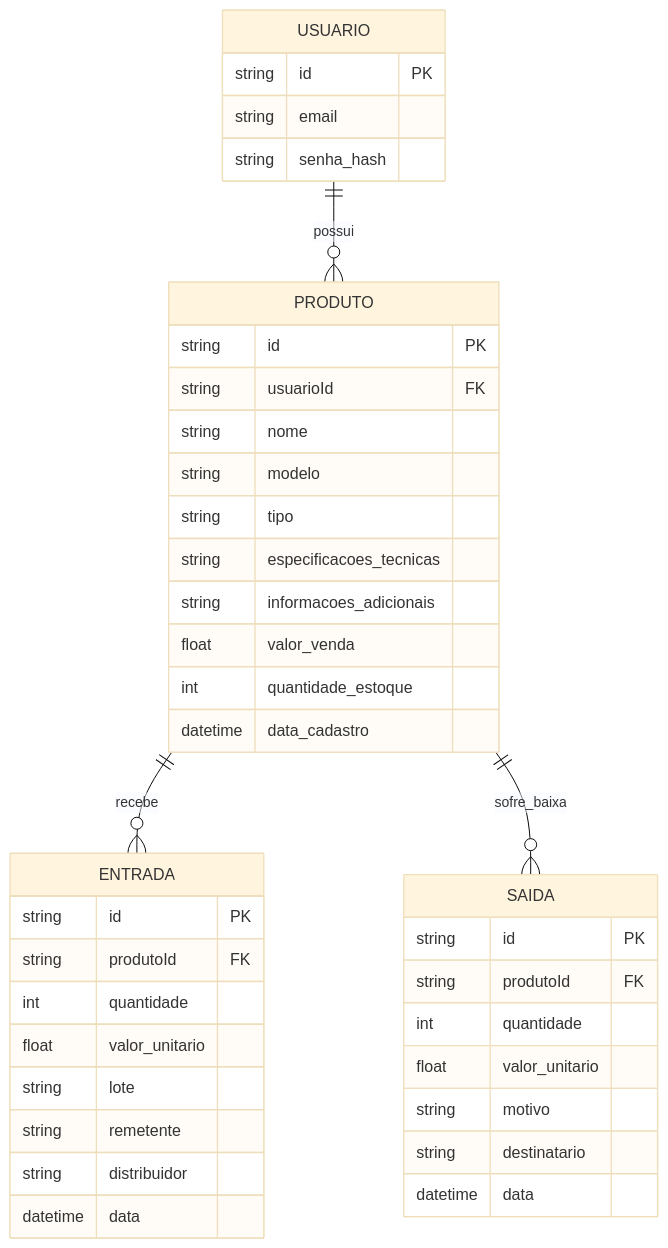
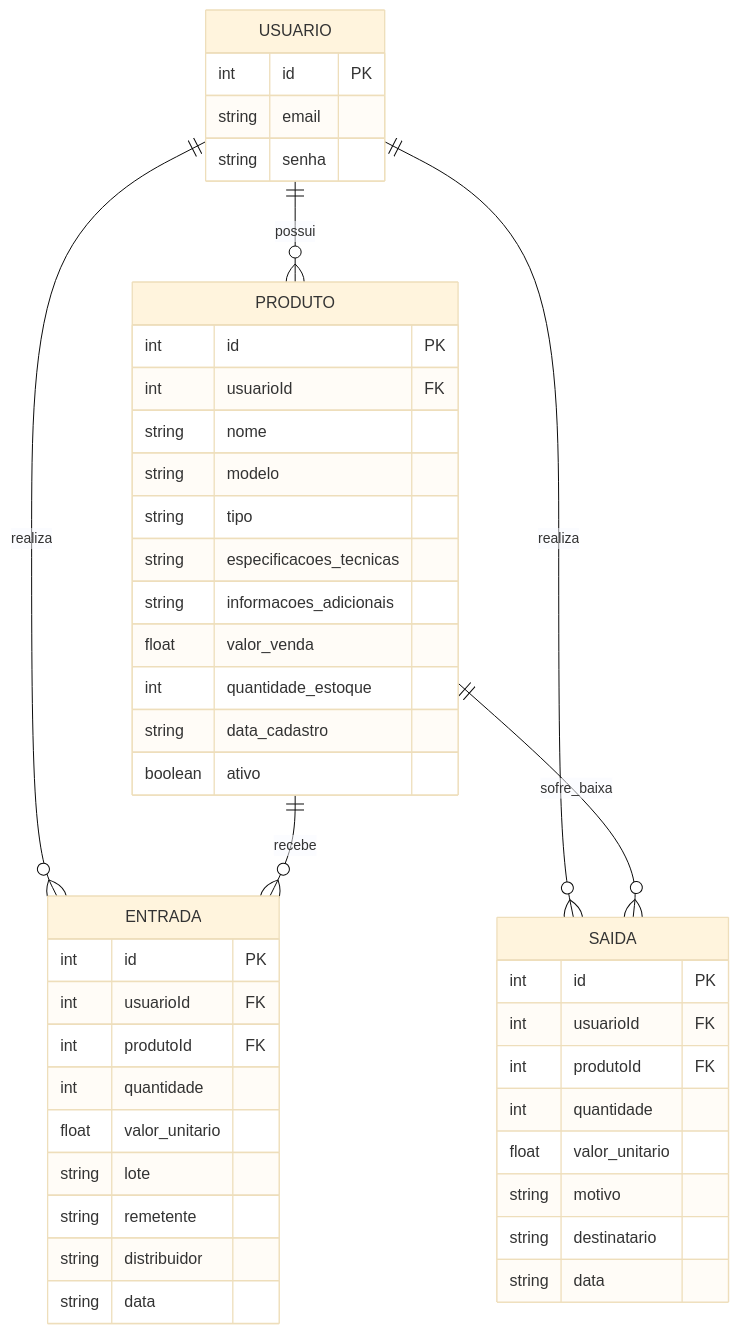
One commit to Pericles3322/Projeto_Pericles_WEB2 changed the diagram in docs/spec.md. Above: the diagram before and after it, drawn with Mermaid (base theme). The commit also changed other lines of this file, not shown here.

````diff
--- a/docs/spec.md
+++ b/docs/spec.md
@@ -9,47 +9,52 @@
 ```mermaid
 erDiagram
 
 USUARIO ||--o{ PRODUTO : possui
+USUARIO ||--o{ ENTRADA : realiza
+USUARIO ||--o{ SAIDA : realiza
 PRODUTO ||--o{ ENTRADA : recebe
 PRODUTO ||--o{ SAIDA : sofre_baixa
 
 USUARIO {
-string id PK
+int id PK
 string email
-string senha_hash
+string senha
 }
 
 PRODUTO {
-string id PK
-string usuarioId FK
+int id PK
+int usuarioId FK
 string nome
 string modelo
 string tipo
 string especificacoes_tecnicas
 string informacoes_adicionais
 float valor_venda
 int quantidade_estoque
-datetime data_cadastro
+string data_cadastro
+boolean ativo
 }
 
 ENTRADA {
-string id PK
-string produtoId FK
+int id PK
+int usuarioId FK
+int produtoId FK
 int quantidade
 float valor_unitario
 string lote
 string remetente
 string distribuidor
-datetime data
+string data
 }
 
 SAIDA {
-string id PK
-string produtoId FK
+int id PK
+int usuarioId FK
+int produtoId FK
 int quantidade
 float valor_unitario
 string motivo
 string destinatario
-datetime data
+string data
 }
 ```
````
